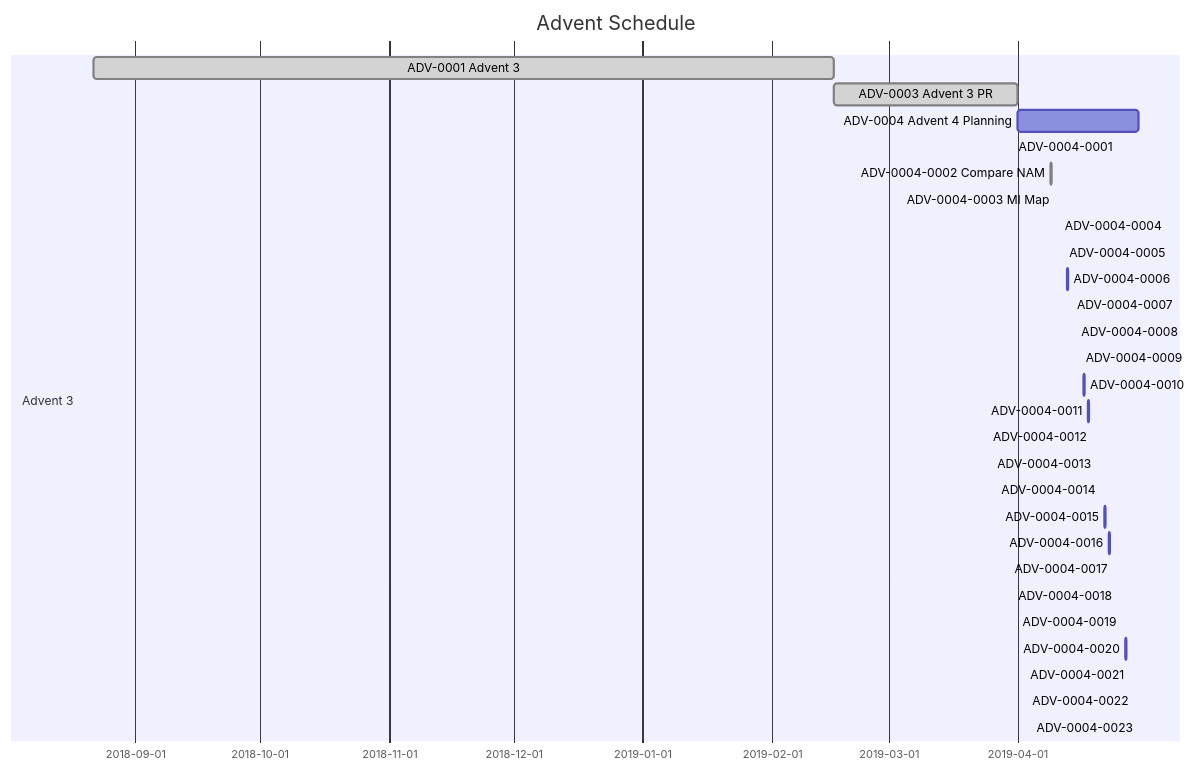
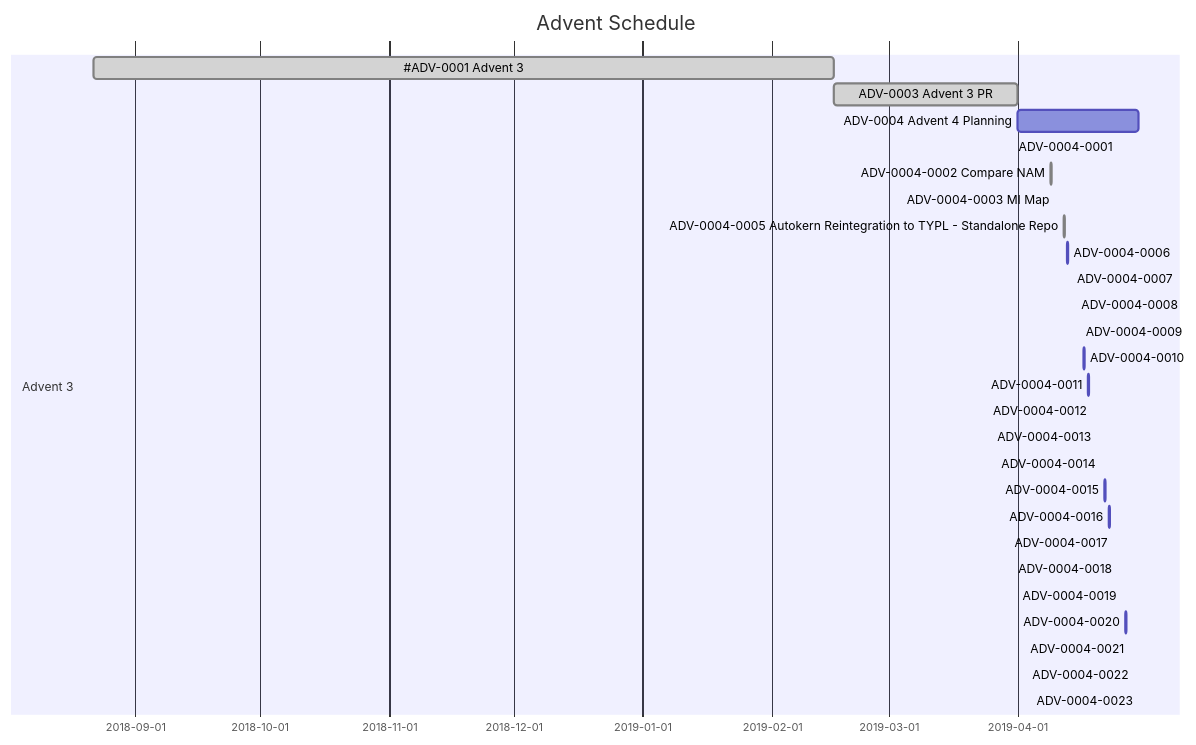
One commit to VivaRado/Advent changed the second of 2 diagrams in README.md. Above: the diagram before and after it, drawn with Mermaid. The commit also changed other lines of this file and 2 other files, not shown here.

Commit message:
ADV-0004-0005 Autokern Reintegration to TYPL - Standalone Repo

````diff
--- a/README.md
+++ b/README.md
@@ -814,32 +814,32 @@
 ```mermaid
 gantt
         dateFormat  YYYY-MM-DD
         title Advent Schedule
         section Advent 3
-        ADV-0001 Advent 3:         done,des1, 2018-08-22,2019-02-16
+        #ADV-0001 Advent 3:         done,des1, 2018-08-22,2019-02-16
         ADV-0003 Advent 3 PR:         done,des2, 2019-02-16, 2019-04-01
         ADV-0004 Advent 4 Planning:         des3, after des2, 2019-04-30
         ADV-0004-0001:         done, des4, 2019-03-31, 2h
         ADV-0004-0002 Compare NAM:         done, des5, 2019-04-09, 2h
         ADV-0004-0003 MI Map:         done, des6, 2019-04-10, 2h
-        ADV-0004-0004:         des7, 2019-04-11, 2h
-        ADV-0004-0005:         des8, 2019-04-12, 2h
+        
+        ADV-0004-0005 Autokern Reintegration to TYPL - Standalone Repo: done, des8, 2019-04-12, 6h
         ADV-0004-0006:         des9, 2019-04-13, 2h
         ADV-0004-0007:         des10, 2019-04-14, 2h
         ADV-0004-0008:         des11, 2019-04-15, 2h
         ADV-0004-0009:         des12, 2019-04-16, 2h
         ADV-0004-0010:         des13, 2019-04-17, 2h
         ADV-0004-0011:         des14, 2019-04-18, 2h
         ADV-0004-0012:         des15, 2019-04-19, 2h
         ADV-0004-0013:         des16, 2019-04-20, 2h
         ADV-0004-0014:         des17, 2019-04-21, 2h
         ADV-0004-0015:         des18, 2019-04-22, 2h
         ADV-0004-0016:         des19, 2019-04-23, 2h
         ADV-0004-0017:         des20, 2019-04-24, 2h
         ADV-0004-0018:         des21, 2019-04-25, 2h
         ADV-0004-0019:         des22, 2019-04-26, 2h
         ADV-0004-0020:         des23, 2019-04-27, 2h
         ADV-0004-0021:         des24, 2019-04-28, 2h
         ADV-0004-0022:         des25, 2019-04-29, 2h
         ADV-0004-0023:         des26, 2019-04-30, 2h
 ```
````
